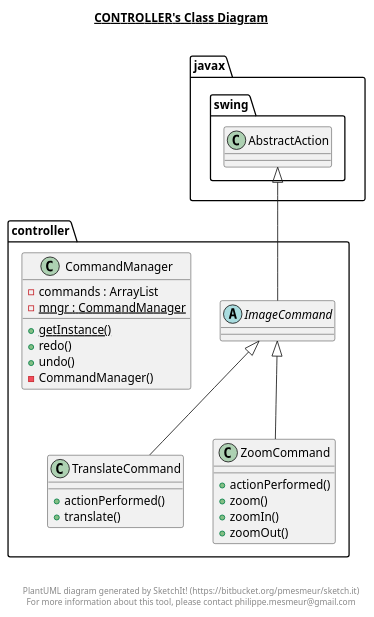
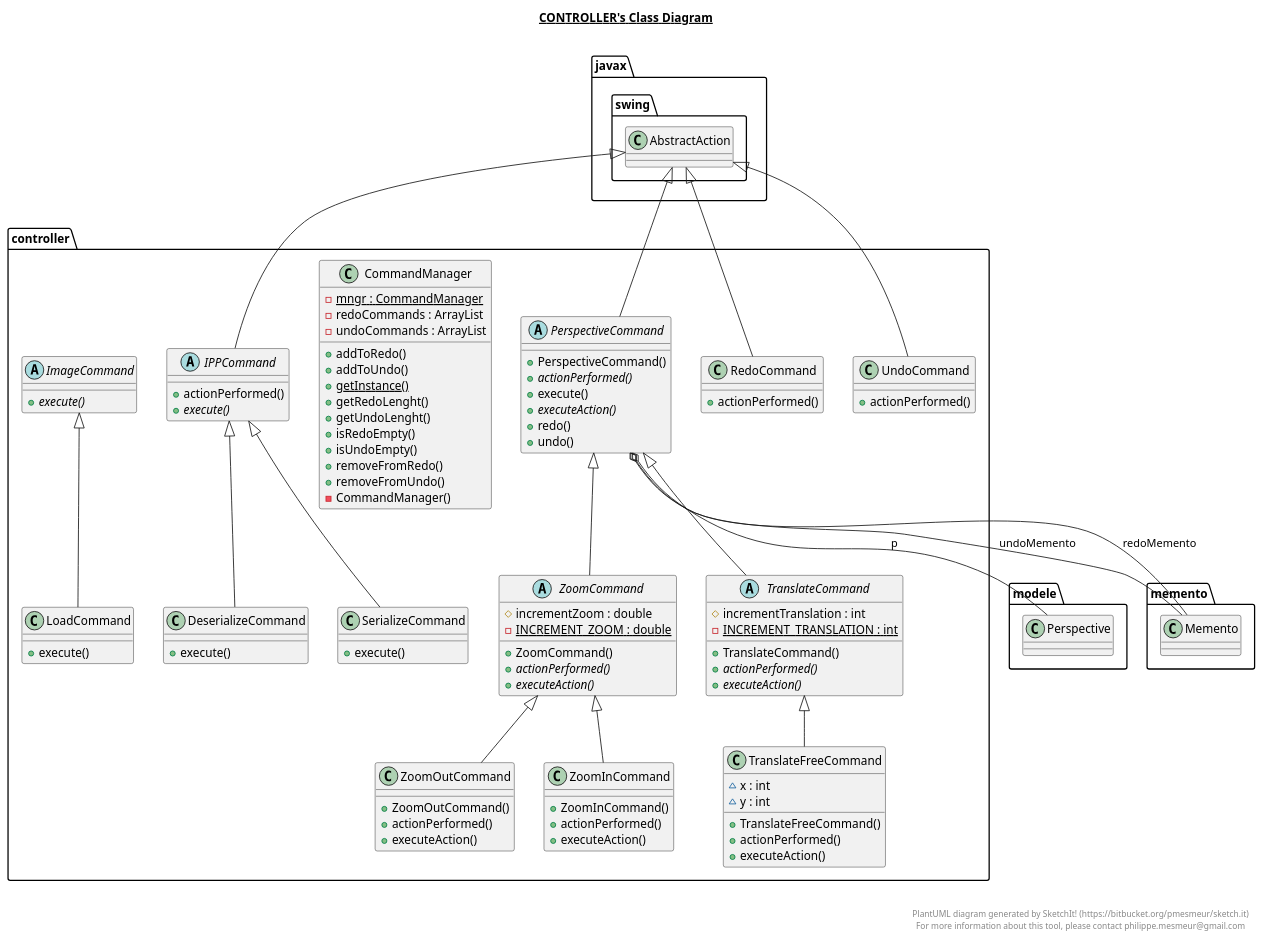
Before and after one commit to ThoLavergne/LOG121Lab3: the diagram in out/production/LOG121Lab3/controller/controller.plantuml, drawn with PlantUML. The commit also changed 59 other files, not shown here.

```diff
--- a/out/production/LOG121Lab3/controller/controller.plantuml
+++ b/out/production/LOG121Lab3/controller/controller.plantuml
@@ -1,53 +1,161 @@
 @startuml
 
 title __CONTROLLER's Class Diagram__\n
 
   namespace controller {
     class controller.CommandManager {
-        - commands : ArrayList
         {static} - mngr : CommandManager
+        - redoCommands : ArrayList
+        - undoCommands : ArrayList
+        + addToRedo()
+        + addToUndo()
         {static} + getInstance()
-        + redo()
-        + undo()
+        + getRedoLenght()
+        + getUndoLenght()
+        + isRedoEmpty()
+        + isUndoEmpty()
+        + removeFromRedo()
+        + removeFromUndo()
         - CommandManager()
     }
   }
   
 
   namespace controller {
-    abstract class controller.ImageCommand {
+    class controller.DeserializeCommand {
+        + execute()
     }
   }
   
 
   namespace controller {
-    class controller.TranslateCommand {
+    abstract class controller.IPPCommand {
         + actionPerformed()
-        + translate()
+        {abstract} + execute()
     }
   }
   
 
   namespace controller {
-    class controller.ZoomCommand {
-        + actionPerformed()
-        + zoom()
-        + zoomIn()
-        + zoomOut()
+    abstract class controller.ImageCommand {
+        {abstract} + execute()
     }
   }
   
 
-  controller.ImageCommand -up-|> javax.swing.AbstractAction
-  controller.TranslateCommand -up-|> controller.ImageCommand
-  controller.ZoomCommand -up-|> controller.ImageCommand
+  namespace controller {
+    class controller.LoadCommand {
+        + execute()
+    }
+  }
+  
+
+  namespace controller {
+    abstract class controller.PerspectiveCommand {
+        + PerspectiveCommand()
+        {abstract} + actionPerformed()
+        + execute()
+        {abstract} + executeAction()
+        + redo()
+        + undo()
+    }
+  }
+  
+
+  namespace controller {
+    class controller.RedoCommand {
+        + actionPerformed()
+    }
+  }
+  
+
+  namespace controller {
+    class controller.SerializeCommand {
+        + execute()
+    }
+  }
+  
+
+  namespace controller {
+    abstract class controller.TranslateCommand {
+        # incrementTranslation : int
+        {static} - INCREMENT_TRANSLATION : int
+        + TranslateCommand()
+        {abstract} + actionPerformed()
+        {abstract} + executeAction()
+    }
+  }
+  
+
+  namespace controller {
+    class controller.TranslateFreeCommand {
+        ~ x : int
+        ~ y : int
+        + TranslateFreeCommand()
+        + actionPerformed()
+        + executeAction()
+    }
+  }
+  
+
+  namespace controller {
+    class controller.UndoCommand {
+        + actionPerformed()
+    }
+  }
+  
+
+  namespace controller {
+    abstract class controller.ZoomCommand {
+        # incrementZoom : double
+        {static} - INCREMENT_ZOOM : double
+        + ZoomCommand()
+        {abstract} + actionPerformed()
+        {abstract} + executeAction()
+    }
+  }
+  
+
+  namespace controller {
+    class controller.ZoomInCommand {
+        + ZoomInCommand()
+        + actionPerformed()
+        + executeAction()
+    }
+  }
+  
+
+  namespace controller {
+    class controller.ZoomOutCommand {
+        + ZoomOutCommand()
+        + actionPerformed()
+        + executeAction()
+    }
+  }
+  
+
+  controller.DeserializeCommand -up-|> controller.IPPCommand
+  controller.IPPCommand -up-|> javax.swing.AbstractAction
+  controller.LoadCommand -up-|> controller.ImageCommand
+  controller.PerspectiveCommand -up-|> javax.swing.AbstractAction
+  controller.PerspectiveCommand o-- modele.Perspective : p
+  controller.PerspectiveCommand o-- memento.Memento : redoMemento
+  controller.PerspectiveCommand o-- memento.Memento : undoMemento
+  controller.RedoCommand -up-|> javax.swing.AbstractAction
+  controller.SerializeCommand -up-|> controller.IPPCommand
+  controller.TranslateCommand -up-|> controller.PerspectiveCommand
+  controller.TranslateFreeCommand -up-|> controller.TranslateCommand
+  controller.UndoCommand -up-|> javax.swing.AbstractAction
+  controller.ZoomCommand -up-|> controller.PerspectiveCommand
+  controller.ZoomInCommand -up-|> controller.ZoomCommand
+  controller.ZoomOutCommand -up-|> controller.ZoomCommand
 
 
 right footer
 
 
 PlantUML diagram generated by SketchIt! (https://bitbucket.org/pmesmeur/sketch.it)
 For more information about this tool, please contact philippe.mesmeur@gmail.com
 endfooter
 
 @enduml
```
